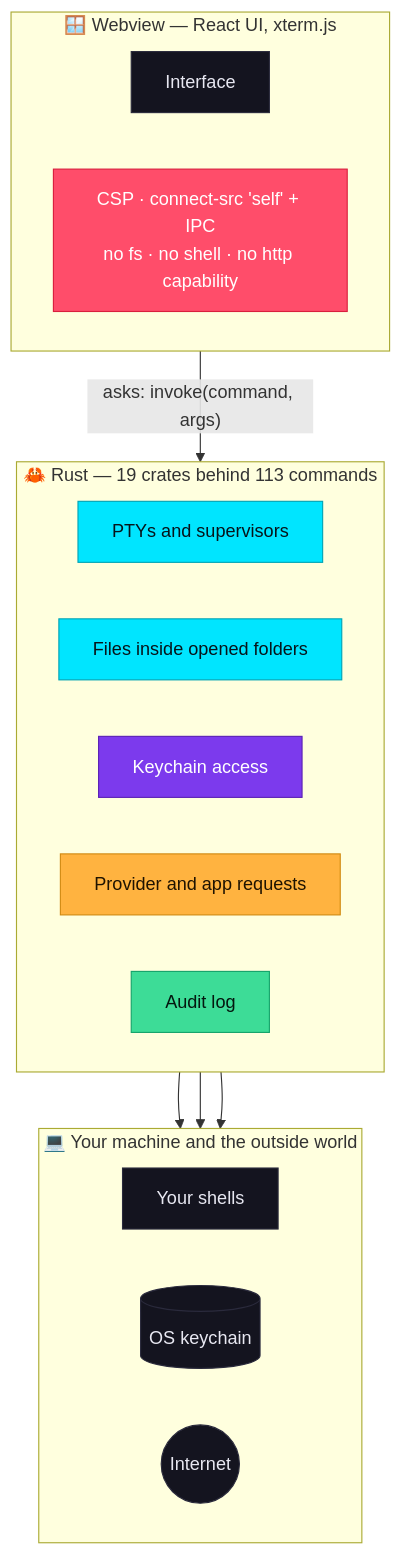
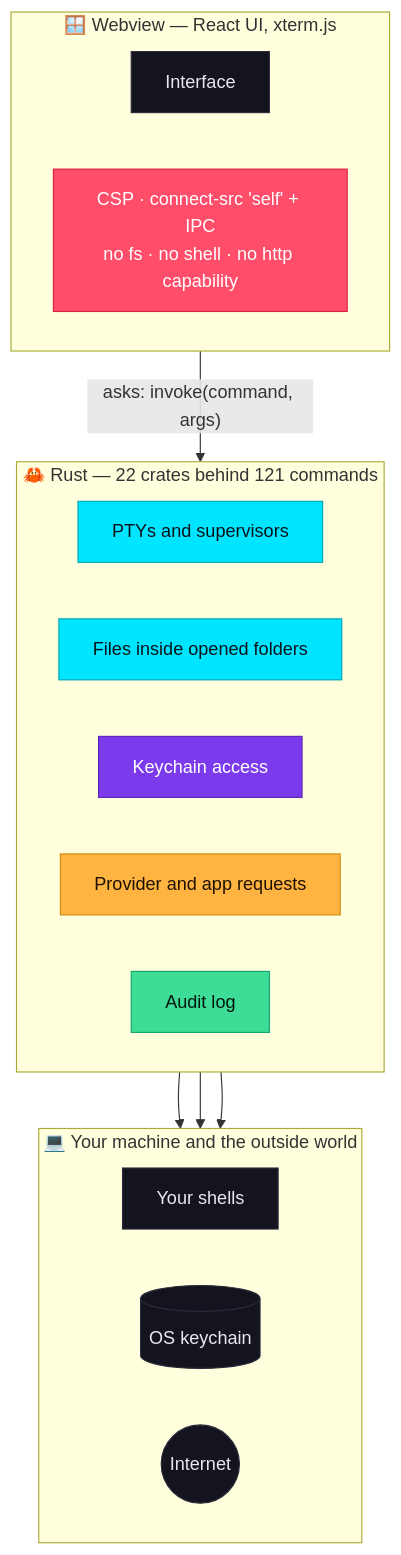
One commit to kartikeyajay2006/jky-terminal changed the first of 3 diagrams in docs/security-and-privacy.md. Above: the diagram before and after it, drawn with Mermaid. The commit also changed other lines of this file and 13 other files, not shown here.

First line of the commit message:
docs: every count is the current one — 22 crates, 121 commands, today's tests

````diff
--- a/docs/security-and-privacy.md
+++ b/docs/security-and-privacy.md
@@ -35,33 +35,33 @@
 ```mermaid
 flowchart TB
     subgraph W["🪟 Webview — React UI, xterm.js"]
         direction LR
         UI[Interface]:::ink
         CSP["CSP · connect-src 'self' + IPC<br/>no fs · no shell · no http capability"]:::red
     end
-    subgraph R["🦀 Rust — 19 crates behind 113 commands"]
+    subgraph R["🦀 Rust — 22 crates behind 121 commands"]
         direction LR
         PTY[PTYs and supervisors]:::cyan
         FS[Files inside opened folders]:::cyan
         SEC[Keychain access]:::violet
         NET[Provider and app requests]:::amber
         AUD[Audit log]:::mint
     end
     subgraph O["💻 Your machine and the outside world"]
         direction LR
         SH[Your shells]:::ink
         KC[(OS keychain)]:::ink
         INET((Internet)):::ink
     end
     UI -- "asks: invoke(command, args)" --> R
     PTY --> SH
     SEC --> KC
     NET --> INET
 
     classDef ink fill:#14141f,stroke:#2a2a3c,color:#e8e8f2
     classDef cyan fill:#00e5ff,stroke:#00a3b5,color:#06141a
     classDef amber fill:#ffb340,stroke:#d18a12,color:#1f1300
     classDef violet fill:#7c3aed,stroke:#5b21b6,color:#ffffff
     classDef mint fill:#3ddc97,stroke:#15a36b,color:#04170f
     classDef red fill:#ff4d6a,stroke:#d91f3d,color:#ffffff
 ```
````
